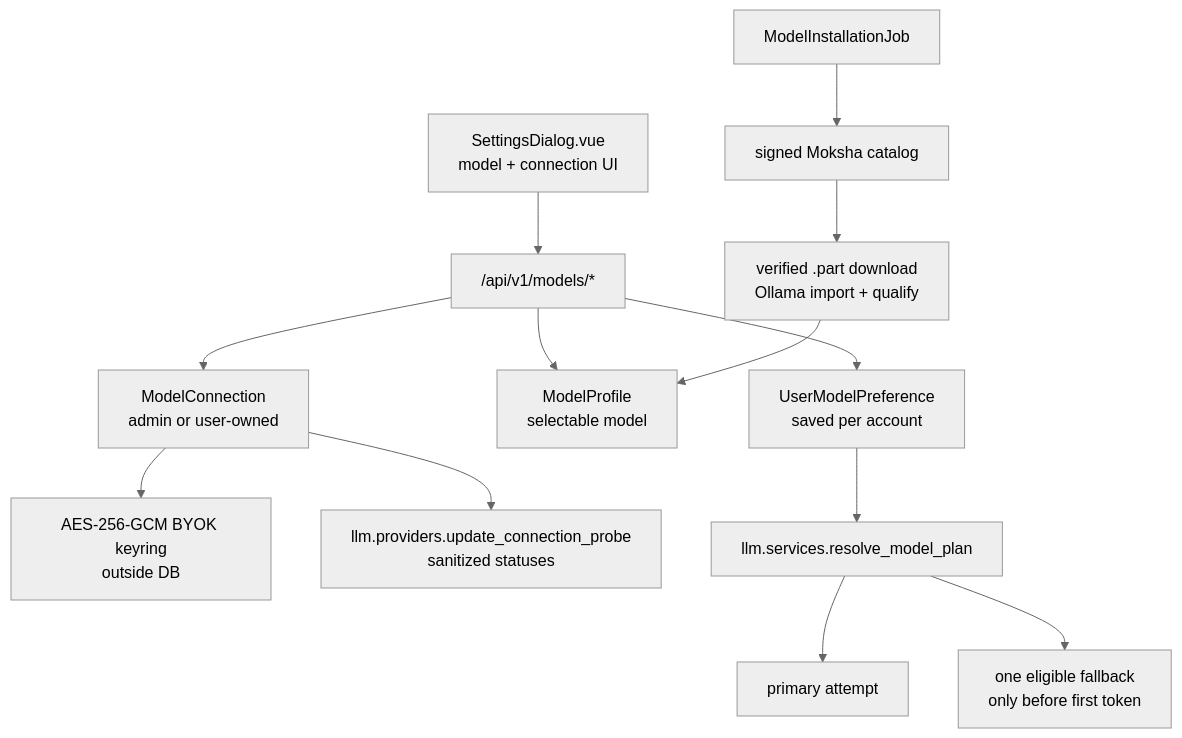
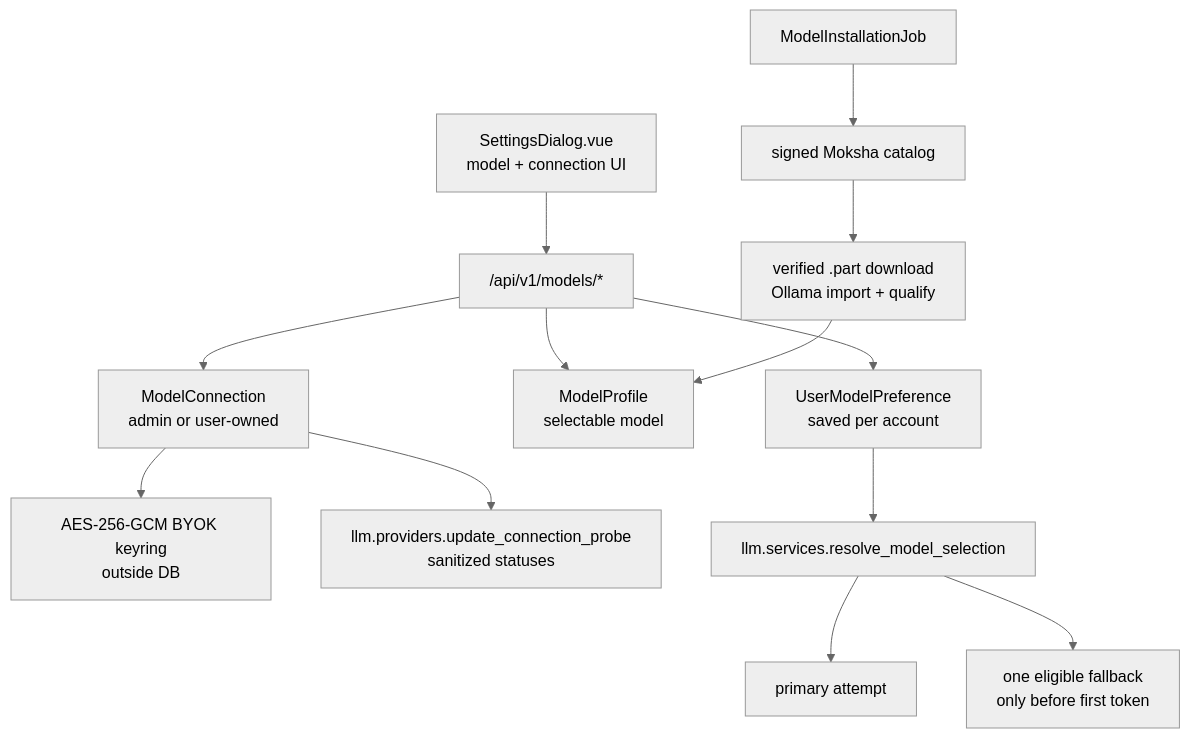
The fourth of 4 diagrams in docs/project-graph.md (ninad-rastogi/MokshaAI), drawn with Mermaid (neutral theme) before and after one commit. The commit also changed other lines of this file, not shown here.

Commit message:
docs: refresh project graph pointers

````diff
--- a/docs/project-graph.md
+++ b/docs/project-graph.md
@@ -76,15 +76,15 @@
 ```mermaid
 graph TD
     Settings["SettingsDialog.vue\nmodel + connection UI"] --> ModelsAPI["/api/v1/models/*"]
     ModelsAPI --> Preference["UserModelPreference\nsaved per account"]
     ModelsAPI --> Profile["ModelProfile\nselectable model"]
     ModelsAPI --> Connection["ModelConnection\nadmin or user-owned"]
     Connection --> Keyring["AES-256-GCM BYOK keyring\noutside DB"]
     Connection --> Probe["llm.providers.update_connection_probe\nsanitized statuses"]
-    Preference --> Resolver["llm.services.resolve_model_plan"]
+    Preference --> Resolver["llm.services.resolve_model_selection"]
     Resolver --> Primary["primary attempt"]
     Resolver --> Fallback["one eligible fallback\nonly before first token"]
     Installer["ModelInstallationJob"] --> Catalog["signed Moksha catalog"]
     Catalog --> OllamaImport["verified .part download\nOllama import + qualify"]
     OllamaImport --> Profile
 ```
````
